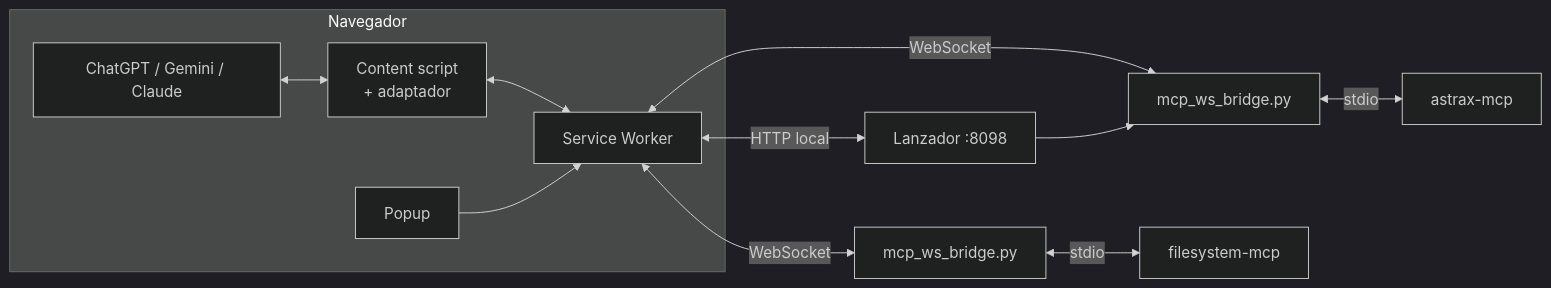
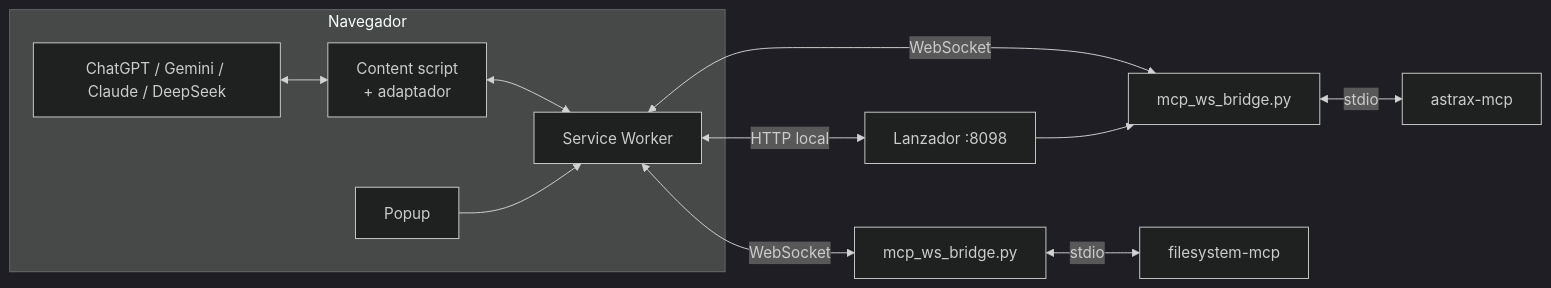
Before and after one commit to AstraxOf/web-mcp-bridge: the second of 2 diagrams in README.es.md, drawn with Mermaid (dark theme). The commit also changed other lines of this file and 1 other file, not shown here.

Commit message:
Add DeepSeek to supported platforms in READMEs

````diff
--- a/README.es.md
+++ b/README.es.md
@@ -223,14 +224,14 @@
 ```mermaid
 flowchart LR
     subgraph Navegador
-      A[ChatGPT / Gemini / Claude] <--> B[Content script<br/>+ adaptador]
+      A[ChatGPT / Gemini / Claude / DeepSeek] <--> B[Content script<br/>+ adaptador]
       B <--> C[Service Worker]
       D[Popup] --> C
     end
     C <-- WebSocket --> E[mcp_ws_bridge.py]
     E <-- stdio --> F[astrax-mcp]
     E2[mcp_ws_bridge.py] <-- stdio --> G[filesystem-mcp]
     C <-- WebSocket --> E2
     C <-- HTTP local --> L[Lanzador :8098]
     L --> E
 ```
````
